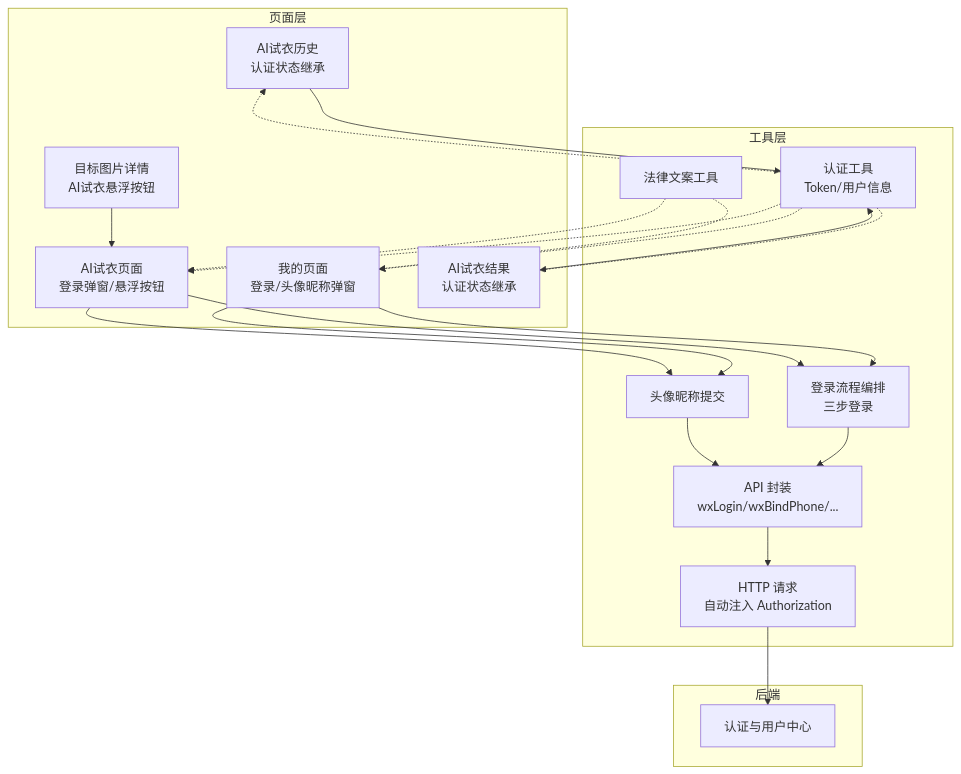
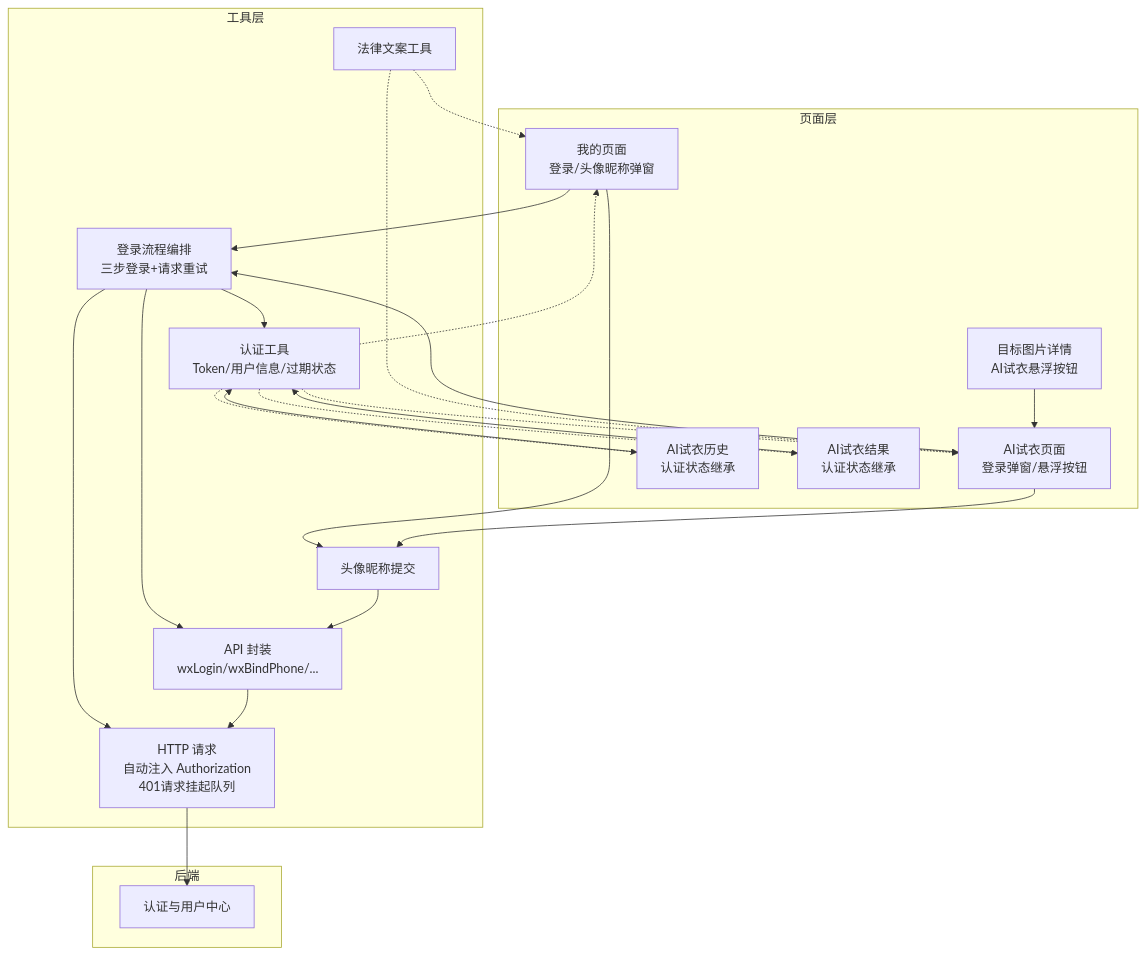
One commit to crazyma99/blueberry changed the second of 13 diagrams in .qoder/repowiki/zh/content/核心功能模块/用户认证系统.md. Above: the diagram before and after it, drawn with Mermaid. The commit also changed other lines of this file and 7 other files, not shown here.

````diff
--- a/.qoder/repowiki/zh/content/核心功能模块/用户认证系统.md
+++ b/.qoder/repowiki/zh/content/核心功能模块/用户认证系统.md
@@ -140,38 +144,40 @@
 ```mermaid
 graph TB
 subgraph "页面层"
 Mine["我的页面<br/>登录/头像昵称弹窗"]
 AiTryOn["AI试衣页面<br/>登录弹窗/悬浮按钮"]
 TargetPhoto["目标图片详情<br/>AI试衣悬浮按钮"]
 AiTryOnHistory["AI试衣历史<br/>认证状态继承"]
 AiTryOnResult["AI试衣结果<br/>认证状态继承"]
 end
 subgraph "工具层"
-Auth["认证工具<br/>Token/用户信息"]
-LoginFlow["登录流程编排<br/>三步登录"]
+Auth["认证工具<br/>Token/用户信息/过期状态"]
+LoginFlow["登录流程编排<br/>三步登录+请求重试"]
 ProfileSubmit["头像昵称提交"]
 Api["API 封装<br/>wxLogin/wxBindPhone/..."]
-Http["HTTP 请求<br/>自动注入 Authorization"]
+Http["HTTP 请求<br/>自动注入 Authorization<br/>401请求挂起队列"]
 Legal["法律文案工具"]
 end
 subgraph "后端"
 Backend["认证与用户中心"]
 end
 Mine --> LoginFlow
 Mine --> ProfileSubmit
 AiTryOn --> LoginFlow
 AiTryOn --> ProfileSubmit
 TargetPhoto --> AiTryOn
 AiTryOnHistory --> Auth
 AiTryOnResult --> Auth
 LoginFlow --> Api
+LoginFlow --> Auth
+LoginFlow --> Http
 ProfileSubmit --> Api
 Api --> Http
 Http --> Backend
 Auth -.-> Mine
 Auth -.-> AiTryOn
 Auth -.-> AiTryOnHistory
 Auth -.-> AiTryOnResult
 Legal -.-> Mine
 Legal -.-> AiTryOn
 ```
````
